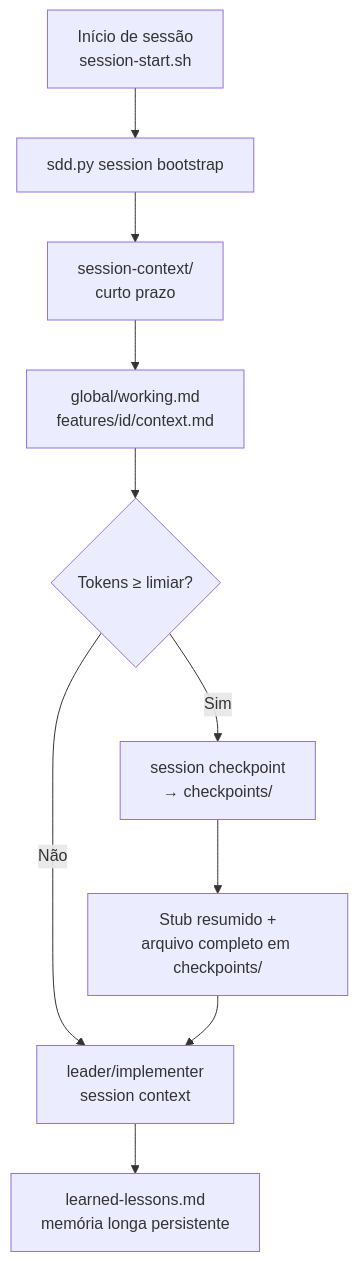
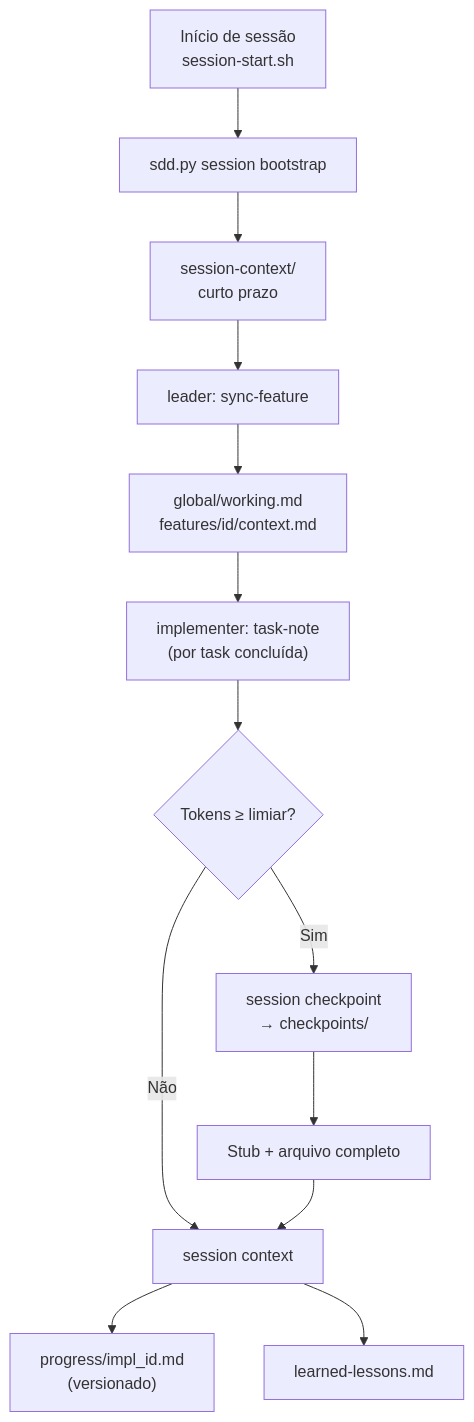
One commit to samuelmarcos/sdd_harness_engineering changed the third of 6 diagrams in README.md. Above: the diagram before and after it, drawn with Mermaid. The commit also changed other lines of this file and 19 other files, not shown here.

````diff
--- a/README.md
+++ b/README.md
@@ -85,12 +85,15 @@
 ```mermaid
 flowchart TD
     A["Início de sessão\nsession-start.sh"] --> B["sdd.py session bootstrap"]
     B --> C["session-context/\ncurto prazo"]
-    C --> D["global/working.md\nfeatures/id/context.md"]
-    D --> E{Tokens ≥ limiar?}
-    E -->|Sim| F["session checkpoint\n→ checkpoints/"]
-    E -->|Não| G["leader/implementer\nsession context"]
-    F --> H["Stub resumido +\narquivo completo em checkpoints/"]
-    H --> G
-    G --> I["learned-lessons.md\nmemória longa persistente"]
+    C --> D["leader: sync-feature"]
+    D --> E["global/working.md\nfeatures/id/context.md"]
+    E --> F["implementer: task-note\n(por task concluída)"]
+    F --> G{Tokens ≥ limiar?}
+    G -->|Sim| H["session checkpoint\n→ checkpoints/"]
+    G -->|Não| I["session context"]
+    H --> J["Stub + arquivo completo"]
+    J --> I
+    I --> K["progress/impl_id.md\n(versionado)"]
+    I --> L["learned-lessons.md"]
 ```
````
